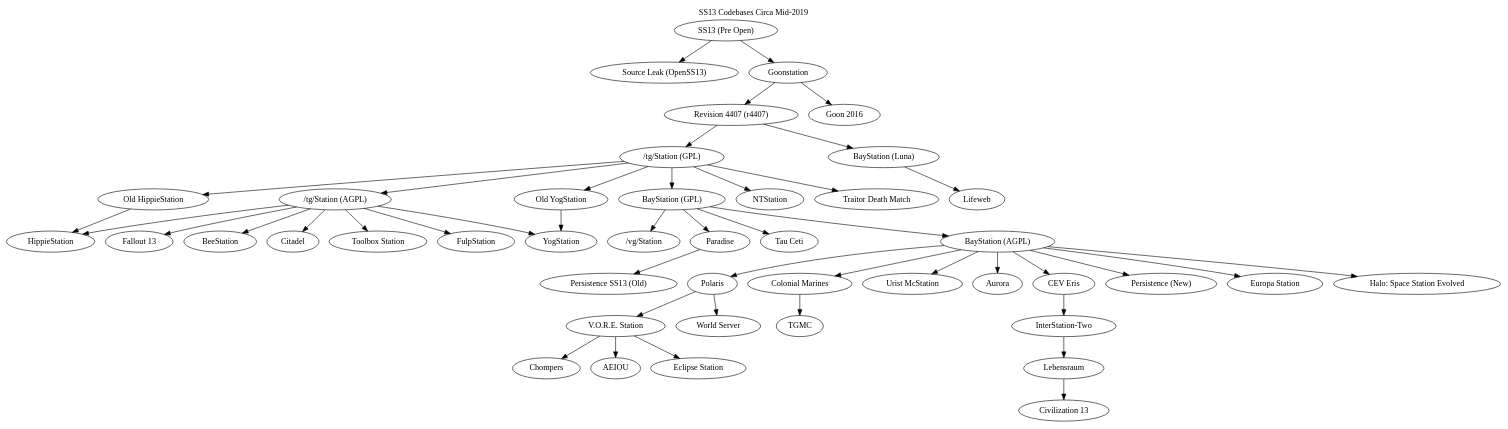
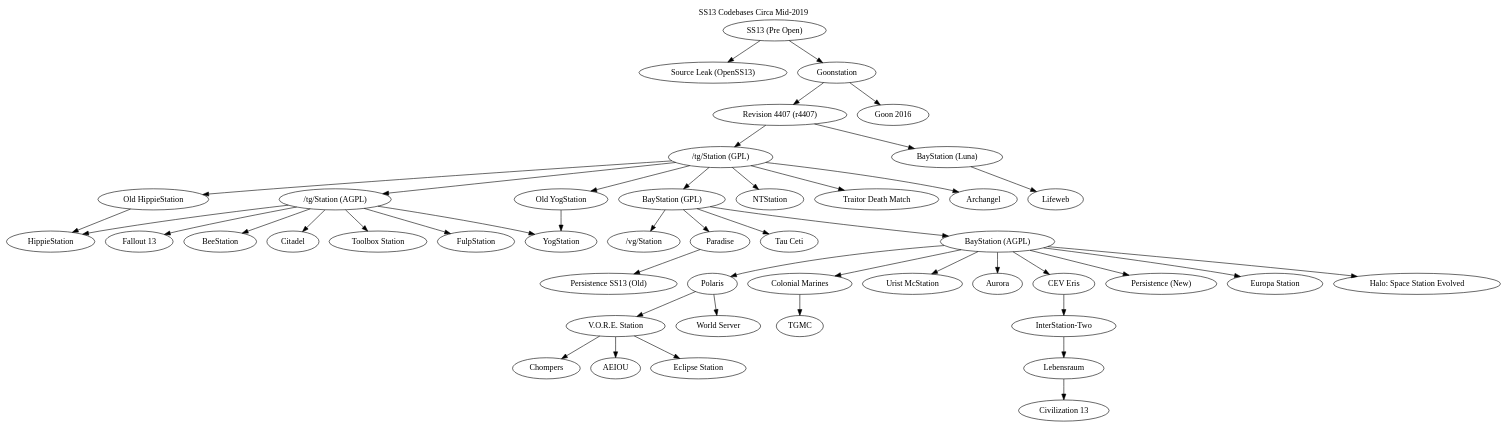
The diagram in tree.dot (spacestation13/SS13-Codebases), drawn with Graphviz before and after one commit. The commit also changed 1 other file, not shown here.

Commit message:
archangel

```diff
--- a/tree.dot
+++ b/tree.dot
@@ -1,48 +1,49 @@
 digraph  G {
 	label = "SS13 Codebases Circa Mid-2019"
 	labelloc="t"
 	"SS13 (Pre Open)" -> "Source Leak (OpenSS13)"
 	"SS13 (Pre Open)" -> "Goonstation"
 	"Goonstation" -> "Revision 4407 (r4407)"
 	"Goonstation" -> "Goon 2016"
 	"Revision 4407 (r4407)" -> "/tg/Station (GPL)"
 	"Revision 4407 (r4407)" -> "BayStation (Luna)"
 	"BayStation (Luna)" -> "Lifeweb" 
 	"/tg/Station (GPL)" -> "/tg/Station (AGPL)"
 	"/tg/Station (GPL)" -> "BayStation (GPL)" 
 	"/tg/Station (GPL)" -> "Old HippieStation"
 	"/tg/Station (GPL)" -> "Old YogStation"
 	"/tg/Station (GPL)" -> "NTStation"
 	"/tg/Station (GPL)" -> "Traitor Death Match"
+	"/tg/Station (GPL)" -> "Archangel"
 	"Old YogStation" -> "YogStation"
 	"Old HippieStation" -> "HippieStation"
 	"/tg/Station (AGPL)" -> "YogStation"
 	"/tg/Station (AGPL)" -> "Fallout 13"
 	"/tg/Station (AGPL)" -> "BeeStation"
 	"/tg/Station (AGPL)" -> "HippieStation"
 	"/tg/Station (AGPL)" -> "Citadel"
 	"/tg/Station (AGPL)" -> "Toolbox Station"
 	"/tg/Station (AGPL)" -> "FulpStation"
 	"BayStation (GPL)" -> "/vg/Station"
 	"BayStation (GPL)" -> "Paradise"
 	"BayStation (GPL)" -> "Tau Ceti"
 	"BayStation (GPL)" -> "BayStation (AGPL)"
 	"Paradise" -> "Persistence SS13 (Old)"
 	"BayStation (AGPL)" -> "Polaris"
 	"BayStation (AGPL)" -> "Colonial Marines"
 	"BayStation (AGPL)" -> "Urist McStation"
 	"BayStation (AGPL)" -> "Aurora"
 	"BayStation (AGPL)" -> "CEV Eris"
 	"BayStation (AGPL)" -> "Persistence (New)"
 	"BayStation (AGPL)" -> "Europa Station"
 	"BayStation (AGPL)" -> "Halo: Space Station Evolved"
 	"CEV Eris" -> "InterStation-Two"
 	"InterStation-Two" -> "Lebensraum"
 	"Lebensraum" -> "Civilization 13"
 	"Colonial Marines" -> "TGMC"
 	"Polaris" -> "V.O.R.E. Station"
 	"Polaris" -> "World Server"
 	"V.O.R.E. Station" -> "Chompers"
 	"V.O.R.E. Station" -> "AEIOU"
 	"V.O.R.E. Station" -> "Eclipse Station" 
 }
```
